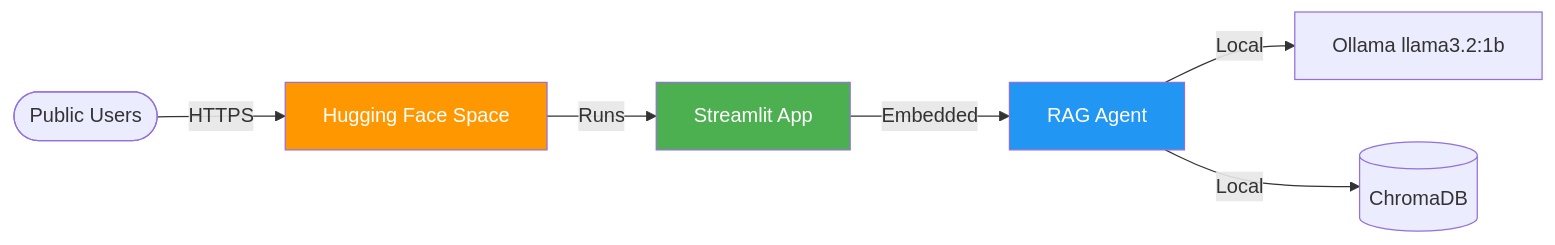
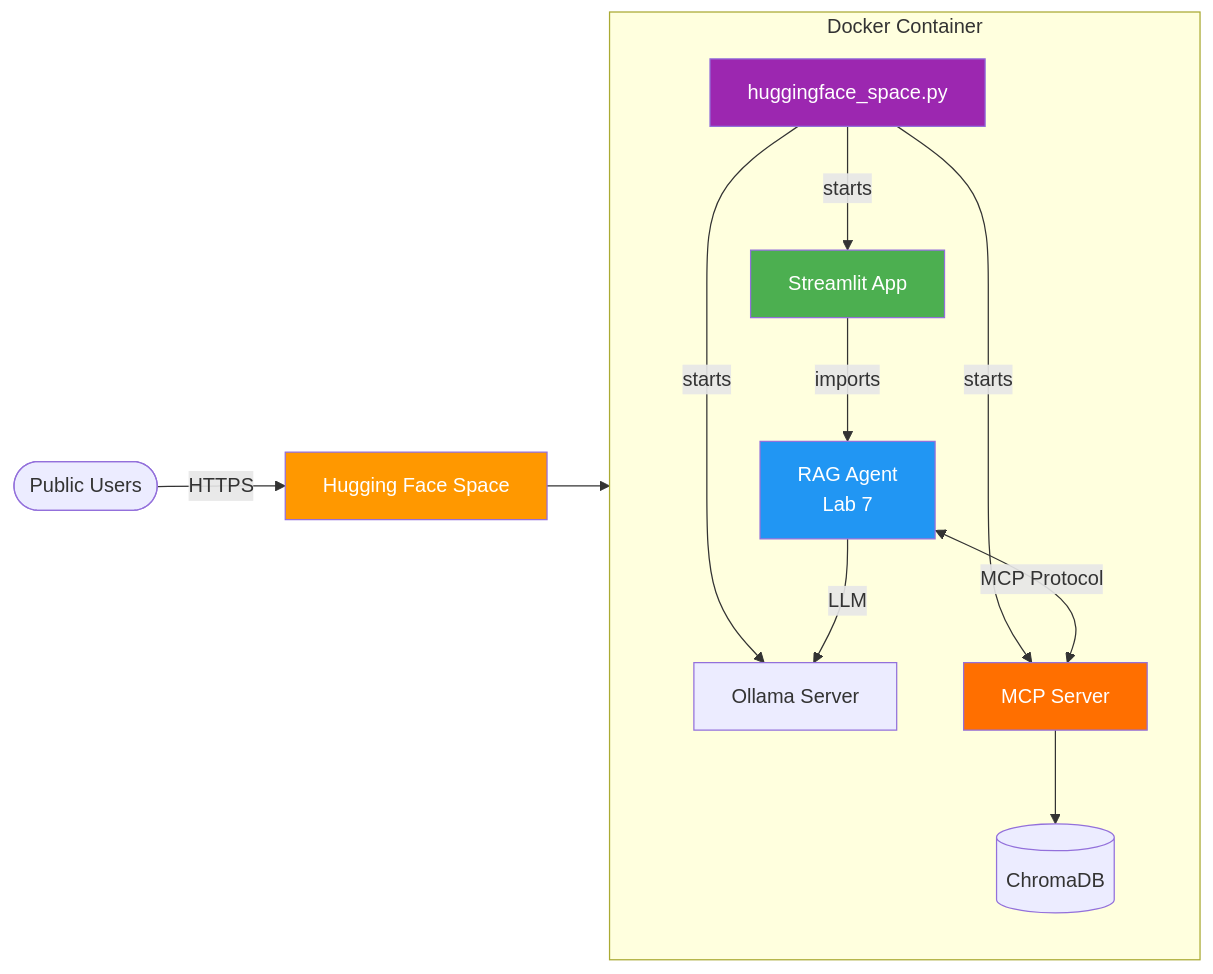
Before and after one commit to skillrepos/ai-3in1: the second of 7 diagrams in docs/architecture-lab9.md, drawn with Mermaid. The commit also changed other lines of this file, not shown here.

Commit message:
updates for lab 9

````diff
--- a/docs/architecture-lab9.md
+++ b/docs/architecture-lab9.md
@@ -52,12 +61,22 @@
 ```mermaid
 flowchart LR
     Users([Public Users]) -->|HTTPS| HF[Hugging Face Space]
-    HF -->|Runs| Streamlit[Streamlit App]
-    Streamlit -->|Embedded| Agent[RAG Agent]
-    Agent -->|Local| Ollama[Ollama llama3.2:1b]
-    Agent -->|Local| DB[(ChromaDB)]
+
+    subgraph Container["Docker Container"]
+        Startup[huggingface_space.py] -->|starts| Ollama[Ollama Server]
+        Startup -->|starts| MCP[MCP Server]
+        Startup -->|starts| Streamlit[Streamlit App]
+        Streamlit -->|imports| Agent[RAG Agent<br/>Lab 7]
+        Agent <-->|MCP Protocol| MCP
+        Agent -->|LLM| Ollama
+        MCP --> DB[(ChromaDB)]
+    end
+
+    HF --> Container
 
     style HF fill:#FF9800,color:#fff
+    style Startup fill:#9C27B0,color:#fff
     style Streamlit fill:#4CAF50,color:#fff
     style Agent fill:#2196F3,color:#fff
+    style MCP fill:#FF6F00,color:#fff
 ```
````
